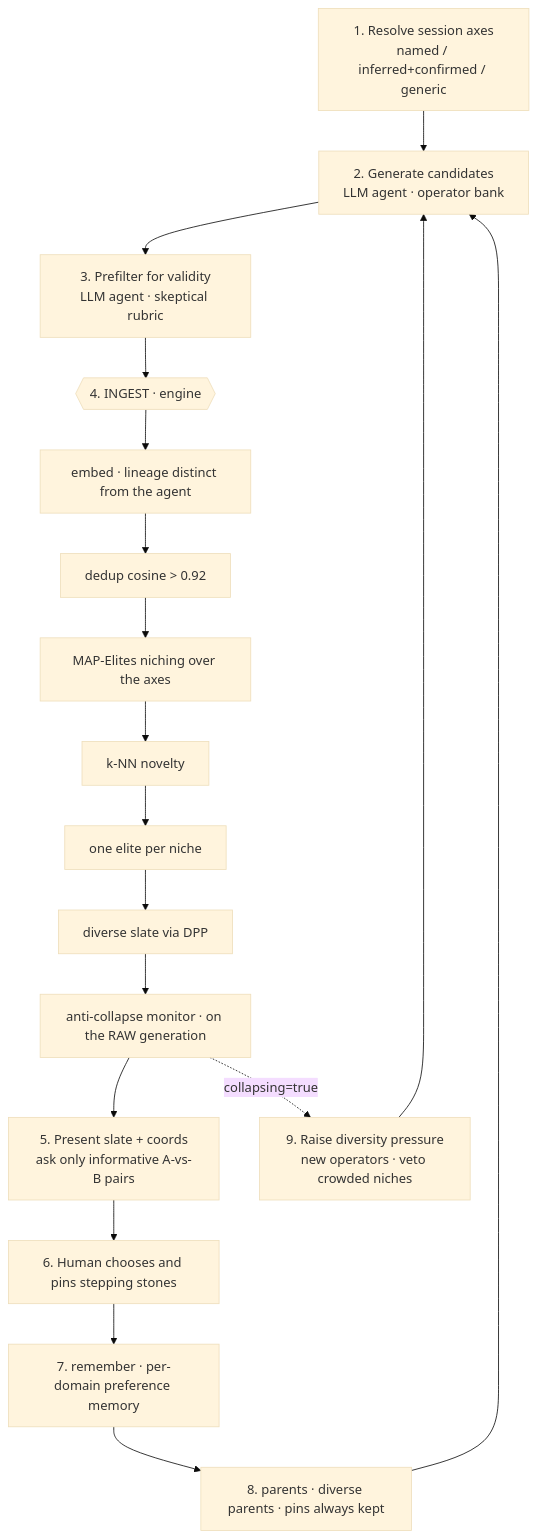
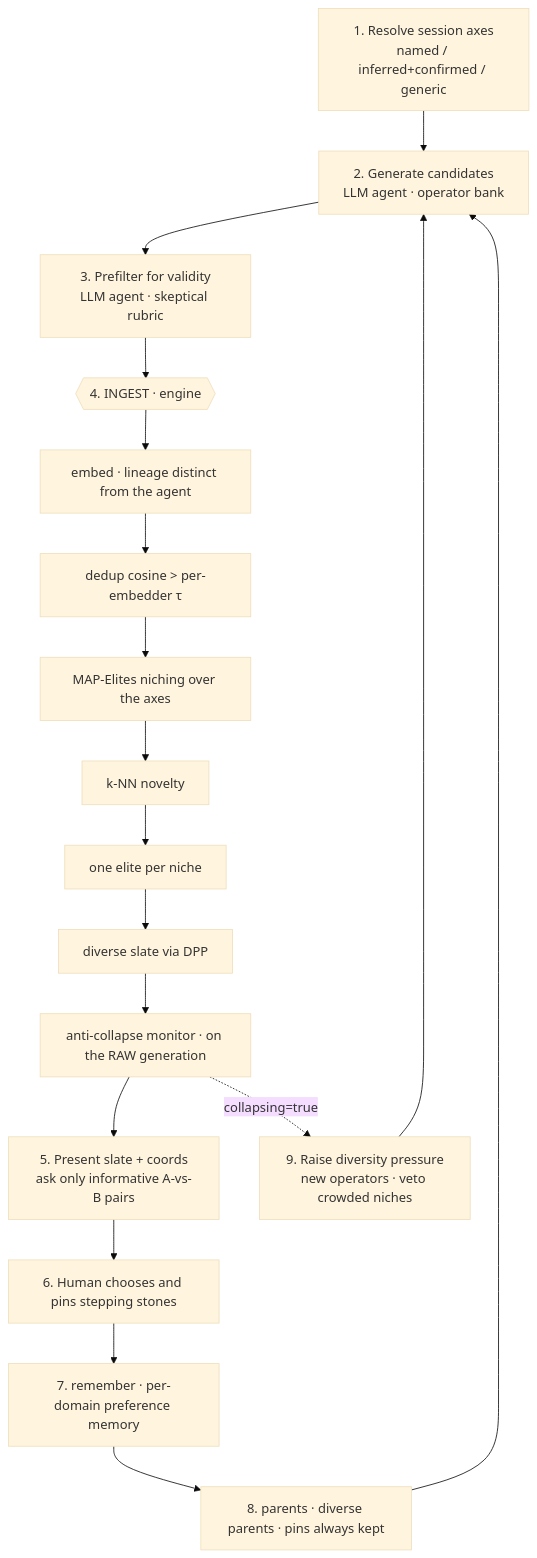
The diagram in docs/PAPER.md (sergiparpal/creativity-amplifier), drawn with Mermaid (base theme) before and after one commit. The commit also changed other lines of this file and 1 other file, not shown here.

````diff
--- a/docs/PAPER.md
+++ b/docs/PAPER.md
@@ -58,20 +58,20 @@
 ```mermaid
 flowchart TD
     A[1. Resolve session axes<br/>named / inferred+confirmed / generic] --> B[2. Generate candidates<br/>LLM agent · operator bank]
     B --> C[3. Prefilter for validity<br/>LLM agent · skeptical rubric]
     C --> D{{4. INGEST · engine}}
     D --> D1[embed · lineage distinct from the agent]
-    D1 --> D2[dedup cosine &gt; 0.92]
+    D1 --> D2[dedup cosine &gt; per-embedder τ]
     D2 --> D3[MAP-Elites niching over the axes]
     D3 --> D4[k-NN novelty]
     D4 --> D5[one elite per niche]
     D5 --> D6[diverse slate via DPP]
     D6 --> D7[anti-collapse monitor · on the RAW generation]
     D7 --> E[5. Present slate + coords<br/>ask only informative A-vs-B pairs]
     E --> F[6. Human chooses and pins stepping stones]
     F --> G[7. remember · per-domain preference memory]
     G --> H[8. parents · diverse parents · pins always kept]
     H --> B
     D7 -. collapsing=true .-> I[9. Raise diversity pressure<br/>new operators · veto crowded niches]
     I --> B
 ```
````
